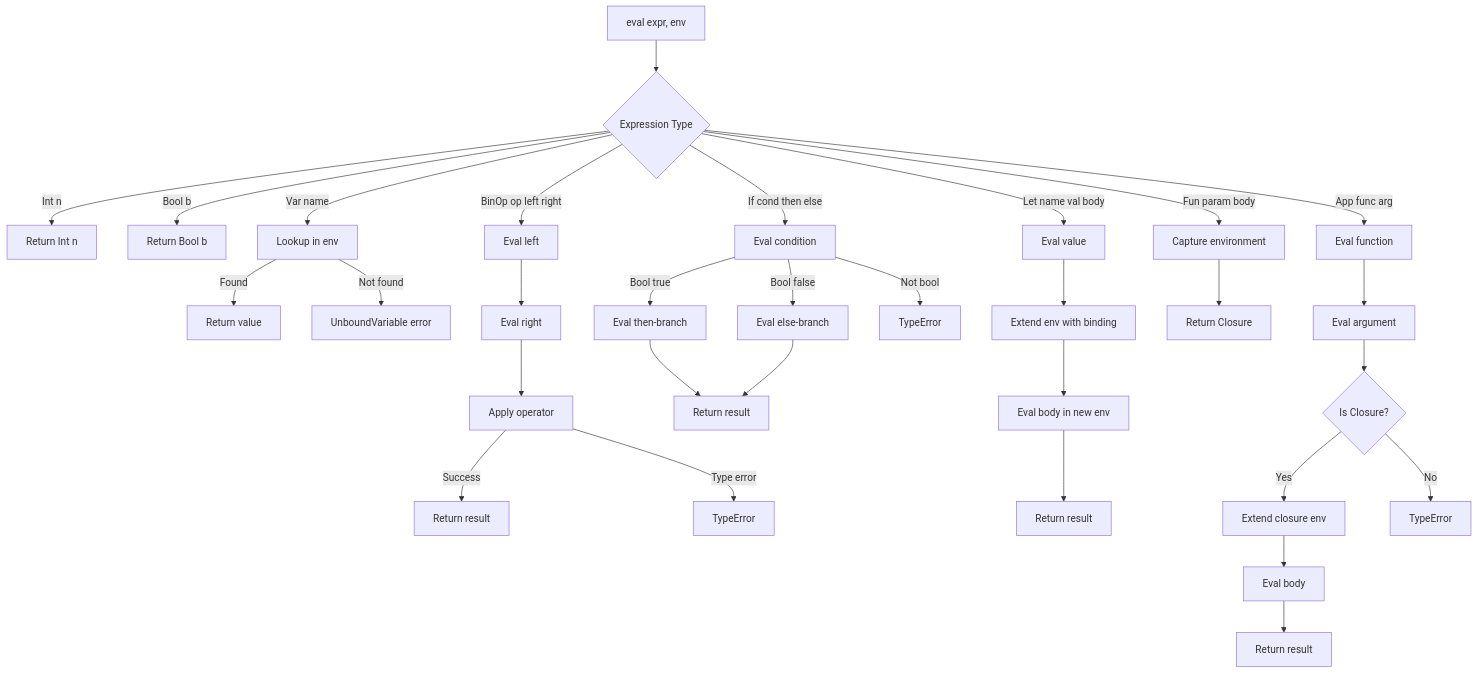
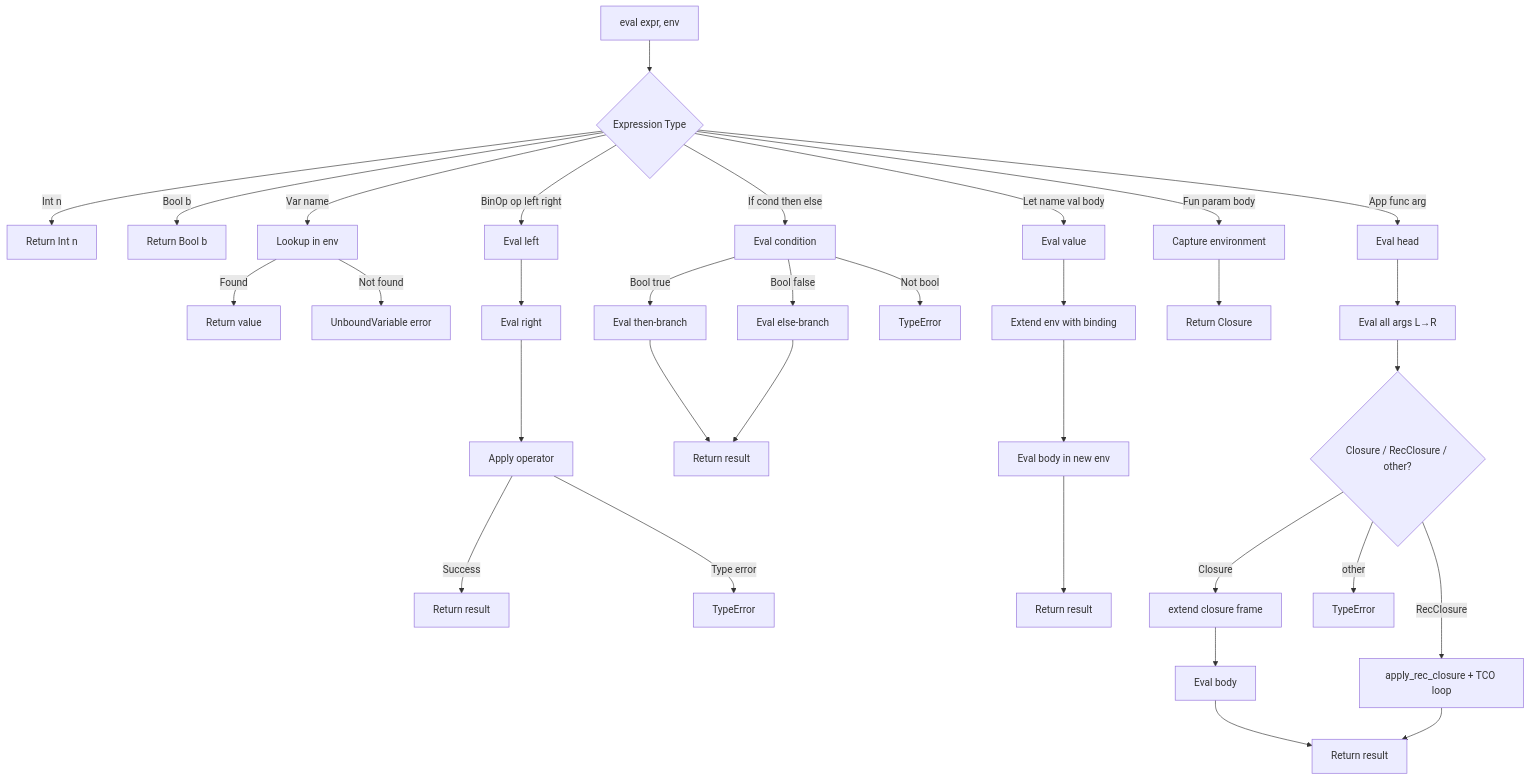
One commit to vansweej/parlang changed the sixth of 10 diagrams in docs/MODULE_EVAL.md. Above: the diagram before and after it, drawn with Mermaid. The commit also changed other lines of this file, not shown here.

First line of the commit message:
docs: correct variable-lookup cost, application arm, flow diagram, and shadowing example

````diff
--- a/docs/MODULE_EVAL.md
+++ b/docs/MODULE_EVAL.md
@@ -658,40 +647,42 @@
 ```mermaid
 graph TD
     START[eval expr, env] --> TYPE{Expression Type}
     
     TYPE -->|Int n| INT[Return Int n]
     TYPE -->|Bool b| BOOL[Return Bool b]
     TYPE -->|Var name| VAR[Lookup in env]
     
     VAR -->|Found| RETURN1[Return value]
     VAR -->|Not found| ERROR1[UnboundVariable error]
     
     TYPE -->|BinOp op left right| BINOP_START[Eval left]
     BINOP_START --> BINOP_MID[Eval right]
     BINOP_MID --> BINOP_END[Apply operator]
     BINOP_END -->|Success| RETURN2[Return result]
     BINOP_END -->|Type error| ERROR2[TypeError]
     
     TYPE -->|If cond then else| IF_COND[Eval condition]
     IF_COND -->|Bool true| IF_THEN[Eval then-branch]
     IF_COND -->|Bool false| IF_ELSE[Eval else-branch]
     IF_COND -->|Not bool| ERROR3[TypeError]
     IF_THEN --> RETURN3[Return result]
     IF_ELSE --> RETURN3
     
     TYPE -->|Let name val body| LET_VAL[Eval value]
     LET_VAL --> LET_EXTEND[Extend env with binding]
     LET_EXTEND --> LET_BODY[Eval body in new env]
     LET_BODY --> RETURN4[Return result]
     
     TYPE -->|Fun param body| FUN_CLOSE[Capture environment]
     FUN_CLOSE --> FUN_RET[Return Closure]
     
-    TYPE -->|App func arg| APP_FUNC[Eval function]
-    APP_FUNC --> APP_ARG[Eval argument]
-    APP_ARG --> APP_CHECK{Is Closure?}
-    APP_CHECK -->|Yes| APP_EXTEND[Extend closure env]
-    APP_CHECK -->|No| ERROR4[TypeError]
+    TYPE -->|App func arg| APP_HEAD[Eval head]
+    APP_HEAD --> APP_ARGS[Eval all args L→R]
+    APP_ARGS --> APP_DISPATCH{Closure / RecClosure / other?}
+    APP_DISPATCH -->|Closure| APP_EXTEND[extend closure frame]
     APP_EXTEND --> APP_BODY[Eval body]
     APP_BODY --> RETURN5[Return result]
+    APP_DISPATCH -->|RecClosure| APP_REC[apply_rec_closure + TCO loop]
+    APP_REC --> RETURN5
+    APP_DISPATCH -->|other| ERROR4[TypeError]
 ```
````
